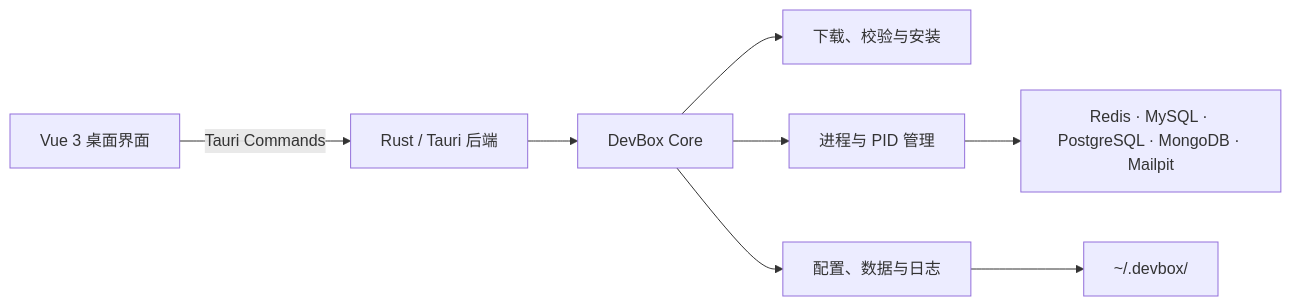
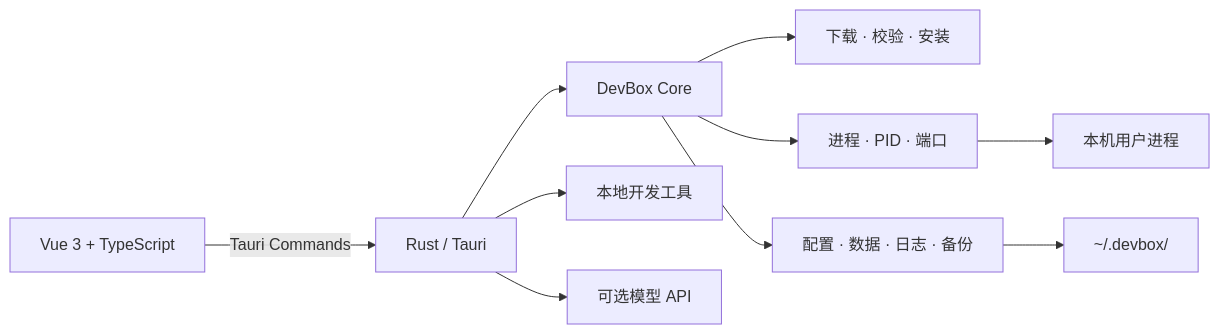
Before and after one commit to whoiszxl/zhiyu-env: the diagram in README.md, drawn with Mermaid. The commit also changed other lines of this file and 91 other files, not shown here.

````diff
--- a/README.md
+++ b/README.md
@@ -120,10 +145,12 @@
 ```mermaid
 flowchart LR
-    UI["Vue 3 桌面界面"] -->|"Tauri Commands"| APP["Rust / Tauri 后端"]
+    UI["Vue 3 + TypeScript"] -->|"Tauri Commands"| APP["Rust / Tauri"]
     APP --> CORE["DevBox Core"]
-    CORE --> INSTALLER["下载、校验与安装"]
-    CORE --> PROCESS["进程与 PID 管理"]
-    CORE --> CONFIG["配置、数据与日志"]
-    PROCESS --> SERVICES["Redis · MySQL · PostgreSQL · MongoDB · Mailpit"]
-    CONFIG --> HOME["~/.devbox/"]
+    CORE --> INSTALL["下载 · 校验 · 安装"]
+    CORE --> PROCESS["进程 · PID · 端口"]
+    CORE --> STORAGE["配置 · 数据 · 日志 · 备份"]
+    PROCESS --> SERVICES["本机用户进程"]
+    STORAGE --> HOME["~/.devbox/"]
+    APP --> TOOLS["本地开发工具"]
+    APP --> AI["可选模型 API"]
 ```
````
